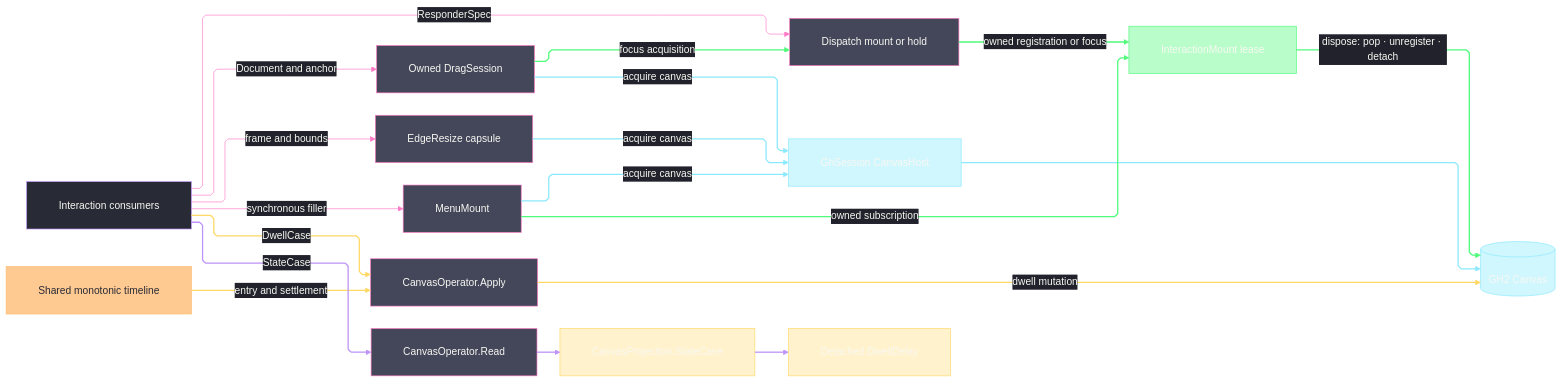
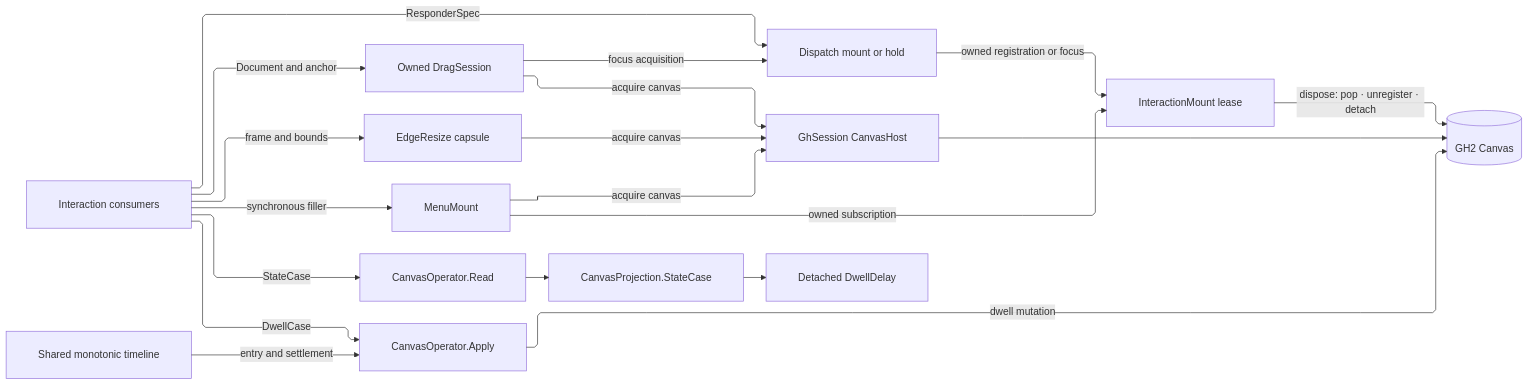
Before and after one commit to bsamiee/Rasm: the diagram in libs/csharp/Rasm.Grasshopper/.planning/Canvas/interaction.md, drawn with Mermaid. The commit also changed 324 other files, not shown here.

````diff
--- a/libs/csharp/Rasm.Grasshopper/.planning/Canvas/interaction.md
+++ b/libs/csharp/Rasm.Grasshopper/.planning/Canvas/interaction.md
@@ -509,68 +509,34 @@
 ```mermaid codemap
 ---
 config:
-  theme: base
-  look: classic
   layout: elk
+  elk:
+    nodePlacementStrategy: NETWORK_SIMPLEX
+    considerModelOrder: NODES_AND_EDGES
+    forceNodeModelOrder: true
   flowchart:
     curve: linear
     padding: 25
-  themeVariables:
-    darkMode: true
-    fontFamily: "SF Mono, Menlo, Cascadia Mono, Segoe UI Mono, Consolas, monospace"
-    useGradient: false
-    dropShadow: "none"
-    background: "#282A36"
-    primaryColor: "#44475A"
-    primaryTextColor: "#F8F8F2"
-    primaryBorderColor: "#BD93F9"
-    lineColor: "#FF79C6"
-    textColor: "#F8F8F2"
-    edgeLabelBackground: "#21222C"
-    labelBackgroundColor: "#21222C"
-  themeCSS: >-
-    .nodeLabel{font-size:13px;font-weight:500}.edgeLabel{font-size:12px;font-weight:500}
-    .edge-thickness-normal{stroke-width:2px}.edge-thickness-thick{stroke-width:3px}
-    .edge-pattern-dashed,.edge-pattern-dotted{stroke-width:1.5px;stroke-dasharray:4 6}
-    .node rect,.node circle,.node polygon,.node path,.node .outer-path{stroke-width:1.5px;filter:none!important}
-    .marker path{transform:scale(.8);transform-origin:5px 5px}.marker circle{transform:scale(.48);transform-origin:5px 5px}
-    .edgeLabel rect{transform-box:fill-box;transform-origin:center;transform:scale(1.1,1.2)}
 ---
 flowchart LR
     accTitle: Canvas interaction ownership flow
     accDescr: Canvas interactions acquire host state through the session gate, retain owned capsules, and project dwell state as a detached value.
-    Consumer["Interaction consumers"] -->|ResponderSpec| Dispatch["Dispatch mount or hold"]
-    Consumer -->|Document and anchor| Drag["Owned DragSession"]
+    Consumer["Interaction consumers"] -->|Document and anchor| Drag["Owned DragSession"]
     Consumer -->|frame and bounds| Resize["EdgeResize capsule"]
     Consumer -->|synchronous filler| Menu["MenuMount"]
+    Consumer -->|ResponderSpec| Dispatch["Dispatch mount or hold"]
+    Drag -->|focus acquisition| Dispatch
+    Dispatch -->|owned registration or focus| Mount["InteractionMount lease"]
+    Menu -->|owned subscription| Mount
     Drag -->|acquire canvas| Session["GhSession CanvasHost"]
     Resize -->|acquire canvas| Session
     Menu -->|acquire canvas| Session
     Session --> Host[("GH2 Canvas")]
-    Drag -->|focus acquisition| Dispatch
-    Dispatch -->|owned registration or focus| Mount["InteractionMount lease"]
-    Menu -->|owned subscription| Mount
     Mount -->|"dispose: pop · unregister · detach"| Host
+    Consumer -->|StateCase| Read["CanvasOperator.Read"]
+    Read --> Projection["CanvasProjection.StateCase"]
+    Projection --> Dwell["Detached DwellDelay"]
     Consumer -->|DwellCase| Apply["CanvasOperator.Apply"]
     Timeline["Shared monotonic timeline"] -->|entry and settlement| Apply
     Apply -->|dwell mutation| Host
-    Consumer -->|StateCase| Read["CanvasOperator.Read"]
-    Read --> Projection["CanvasProjection.StateCase"]
-    Projection --> Dwell["Detached DwellDelay"]
-    linkStyle 4,5,6,7 stroke:#8BE9FD,stroke-width:2px,color:#F8F8F2
-    linkStyle 8,9,10,11 stroke:#50FA7B,stroke-width:2px,color:#F8F8F2
-    linkStyle 12,13,14 stroke:#FFD866,stroke-width:2px,color:#F8F8F2
-    linkStyle 15,16,17 stroke:#BD93F9,stroke-width:2px,color:#F8F8F2
-    classDef primary fill:#44475A,stroke:#FF79C6,color:#F8F8F2
-    classDef boundary fill:#282A36,stroke:#BD93F9,color:#F8F8F2
-    classDef data fill:#FFB86CBF,stroke:#FFB86C,color:#282A36
-    classDef external fill:#8BE9FD66,stroke:#8BE9FD,color:#F8F8F2
-    classDef success fill:#50FA7B66,stroke:#50FA7B,color:#F8F8F2
-    classDef payload fill:#FFD86654,stroke:#FFD866,color:#F8F8F2
-    class Consumer boundary
-    class Dispatch,Drag,Resize,Menu,Apply,Read primary
-    class Timeline data
-    class Session,Host external
-    class Mount success
-    class Projection,Dwell payload
 ```
````
